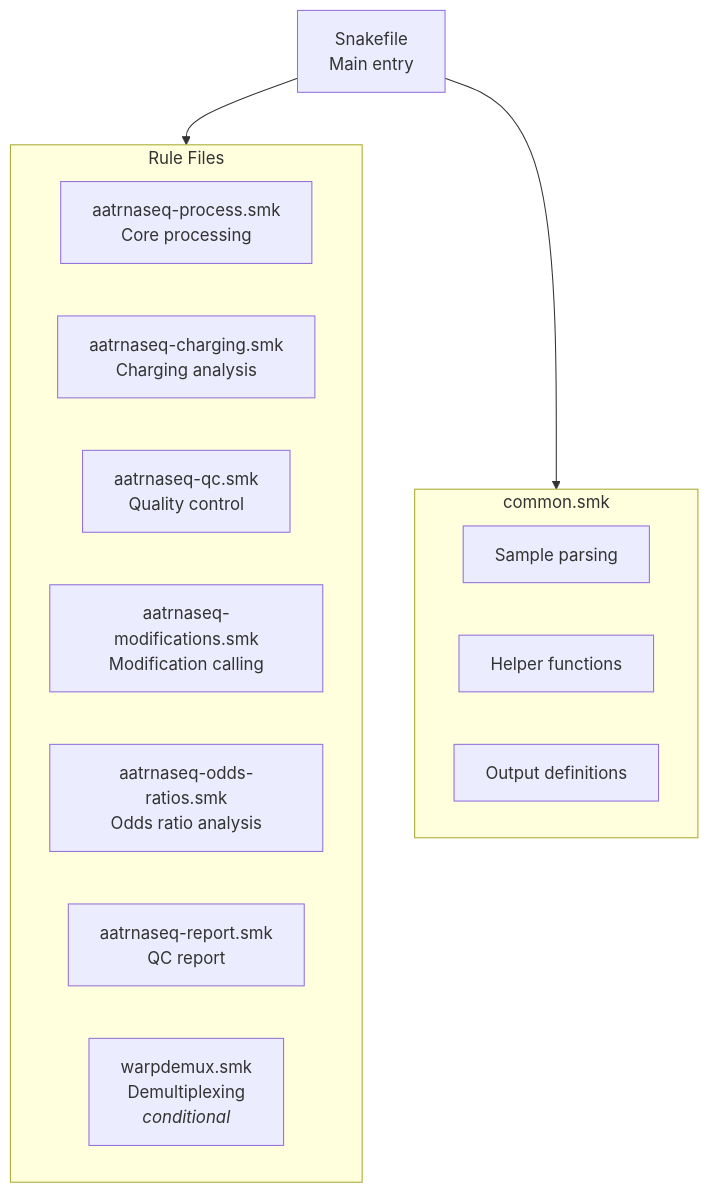
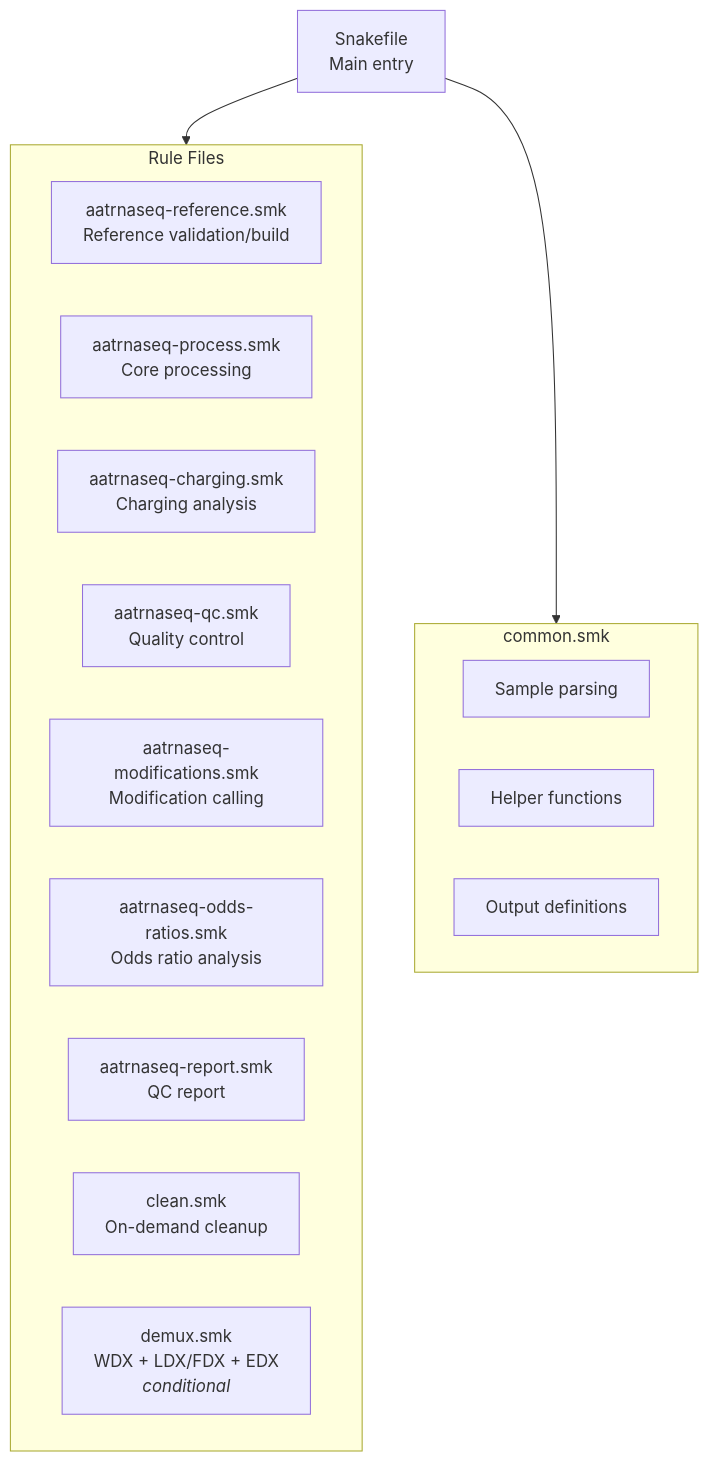
Before and after one commit to rnabioco/aa-tRNA-seq-pipeline: the first of 4 diagrams in docs/workflow/overview.md, drawn with Mermaid. The commit also changed other lines of this file and 11 other files, not shown here.

First line of the commit message:
docs: catch up docs to LDX/FDX demux, calmd, and POD5 staging (#182)

````diff
--- a/docs/workflow/overview.md
+++ b/docs/workflow/overview.md
@@ -9,21 +9,23 @@
 ```mermaid
 flowchart TB
     subgraph rules[Rule Files]
+        REF[aatrnaseq-reference.smk<br/>Reference validation/build]
         A[aatrnaseq-process.smk<br/>Core processing]
         B[aatrnaseq-charging.smk<br/>Charging analysis]
         C[aatrnaseq-qc.smk<br/>Quality control]
         D[aatrnaseq-modifications.smk<br/>Modification calling]
         OR[aatrnaseq-odds-ratios.smk<br/>Odds ratio analysis]
         R[aatrnaseq-report.smk<br/>QC report]
-        E[warpdemux.smk<br/>Demultiplexing<br/><i>conditional</i>]
+        CL[clean.smk<br/>On-demand cleanup]
+        E[demux.smk<br/>WDX + LDX/FDX + EDX<br/><i>conditional</i>]
     end
 
     subgraph common[common.smk]
         F[Sample parsing]
         G[Helper functions]
         H[Output definitions]
     end
 
     I[Snakefile<br/>Main entry] --> rules
     I --> common
 ```
````
